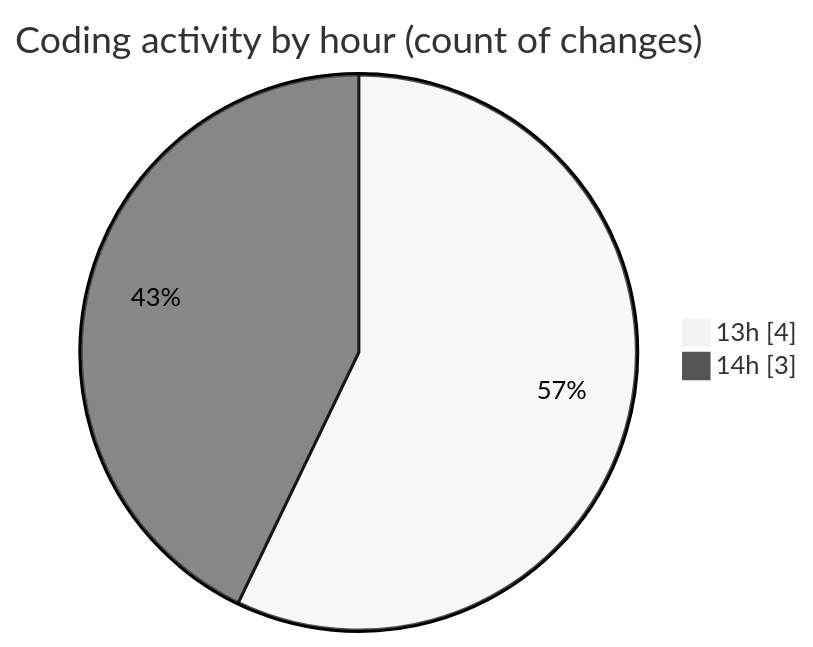
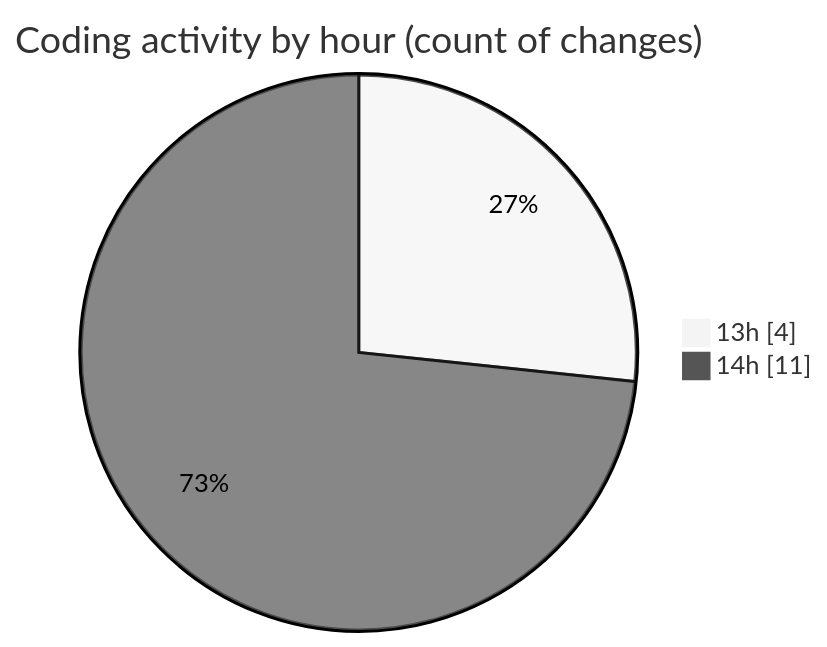
One commit to EIIisD/code-tracking changed the second of 2 diagrams in 2025-08-18/claudecraft/README.md. Above: the diagram before and after it, drawn with Mermaid (neutral theme). The commit also changed other lines of this file and 1 other file, not shown here.

````diff
--- a/2025-08-18/claudecraft/README.md
+++ b/2025-08-18/claudecraft/README.md
@@ -28,6 +28,6 @@
 ```mermaid
 pie showData
 title Coding activity by hour (count of changes)
 "13h" : 4
-"14h" : 3
+"14h" : 11
 ```
````
